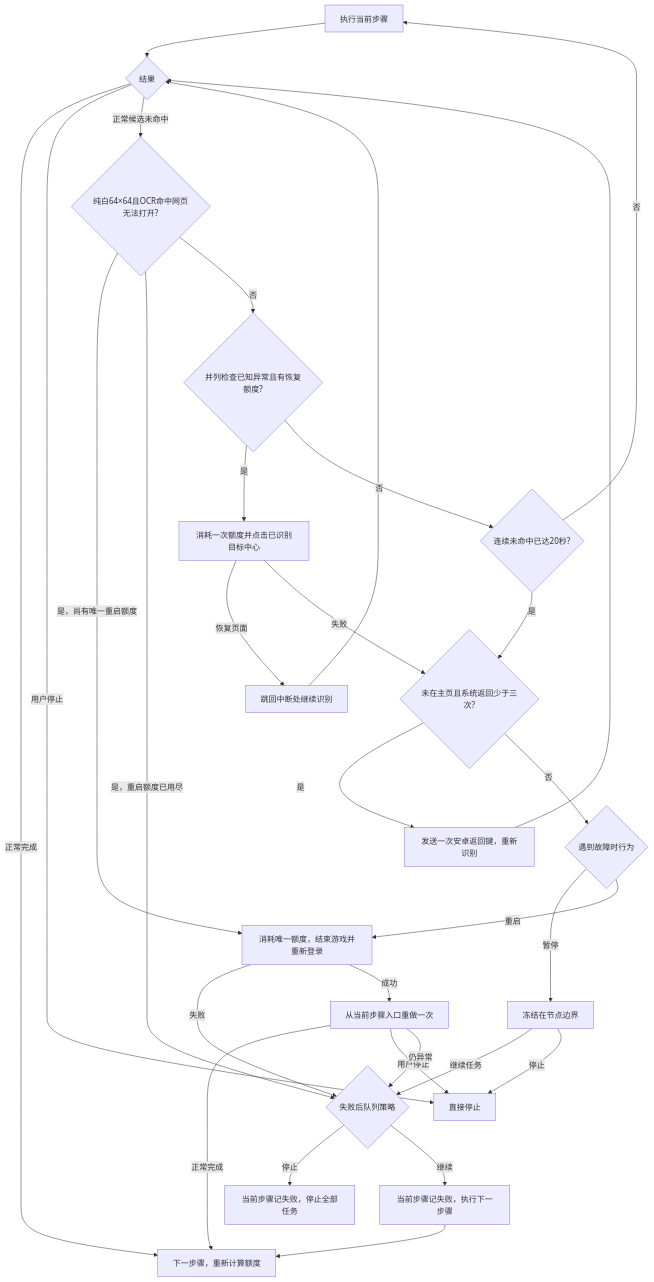
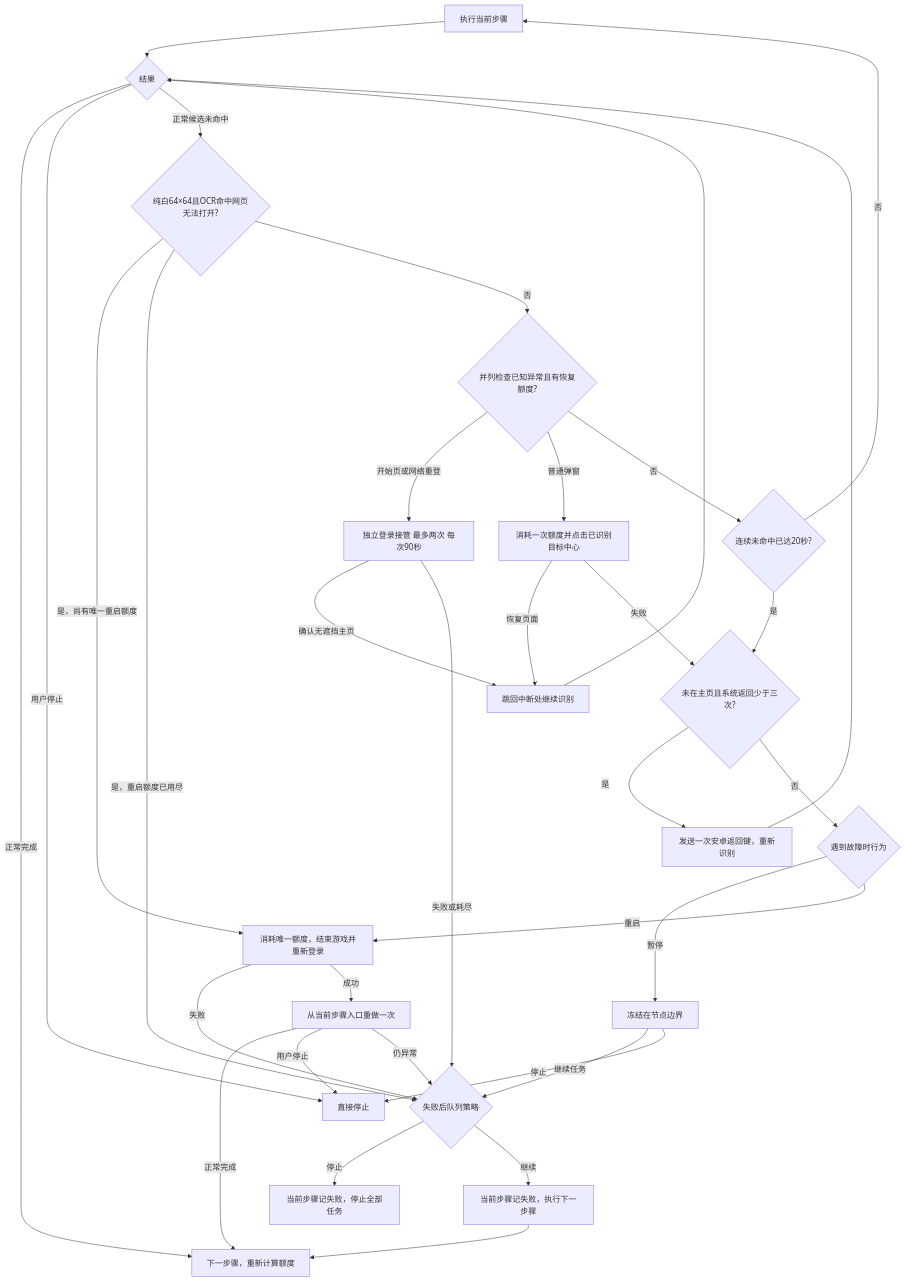
One commit to RShock/TKFMaaR changed the diagram in docs/zh_cn/tasks/task_recovery.md. Above: the diagram before and after it, drawn with Mermaid. The commit also changed other lines of this file and 10 other files, not shown here.

````diff
--- a/docs/zh_cn/tasks/task_recovery.md
+++ b/docs/zh_cn/tasks/task_recovery.md
@@ -16,32 +25,35 @@
 ```mermaid
 flowchart TD
     Start[执行当前步骤] --> Result{结果}
     Result -->|正常完成| Next[下一步骤，重新计算额度]
     Result -->|用户停止| Cancel[直接停止]
     Result -->|正常候选未命中| Web{纯白64×64且OCR命中网页无法打开?}
     Web -->|是，尚有唯一重启额度| Restart
     Web -->|是，重启额度已用尽| Policy
     Web -->|否| Popup{并列检查已知异常且有恢复额度?}
-    Popup -->|是| Close[消耗一次额度并点击已识别目标中心]
+    Popup -->|开始页或网络重登| Login[独立登录接管 最多两次 每次90秒]
+    Login -->|确认无遮挡主页| Resume
+    Login -->|失败或耗尽| Policy
+    Popup -->|普通弹窗| Close[消耗一次额度并点击已识别目标中心]
     Close -->|恢复页面| Resume[跳回中断处继续识别]
     Resume --> Result
     Popup -->|否| Unknown{连续未命中已达20秒?}
     Unknown -->|否| Start
     Unknown -->|是| Back{未在主页且系统返回少于三次?}
     Close -->|失败| Back
     Back -->|是| Press[发送一次安卓返回键，重新识别]
     Press --> Result
     Back -->|否| Behavior{遇到故障时行为}
     Behavior -->|暂停| Pause[冻结在节点边界]
     Pause -->|继续任务| Policy{失败后队列策略}
     Pause -->|停止| Cancel
     Behavior -->|重启| Restart[消耗唯一额度，结束游戏并重新登录]
     Restart -->|失败| Policy
     Restart -->|成功| Retry[从当前步骤入口重做一次]
     Retry -->|正常完成| Next
     Retry -->|用户停止| Cancel
     Retry -->|仍异常| Policy
     Policy -->|停止| Stop[当前步骤记失败，停止全部任务]
     Policy -->|继续| Skip[当前步骤记失败，执行下一步骤]
     Skip --> Next
 ```
````
